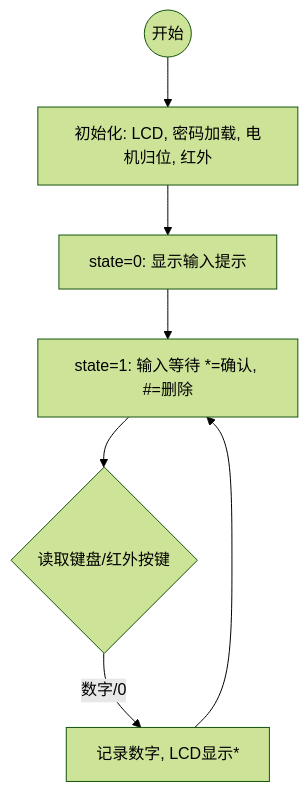
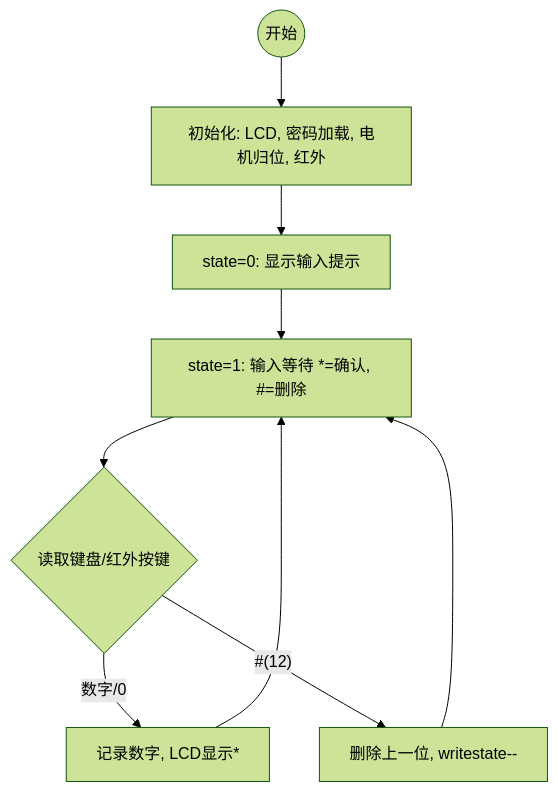
One commit to ksxyh-22/iodraw-files changed the diagram in all/未命名-1.md. Above: the diagram before and after it, drawn with Mermaid (forest theme).

Commit message:
2025-10-11 11:02:14 update

````diff
--- a/all/未命名-1.md
+++ b/all/未命名-1.md
@@ -1,16 +1,19 @@
 ```mermaid
 graph TD
     %% 状态机主流程
     START((开始)) --> INIT[初始化: LCD, 密码加载, 电机归位, 红外];
     INIT --> S0[state=0: 显示输入提示];
 
     %% 状态 1: 密码输入与验证
     S0 --> S1[state=1: 输入等待 *=确认, #=删除];
     
     S1 --> INPUT{读取键盘/红外按键};
     
     INPUT -- 数字/0 --> DIGIT[记录数字, LCD显示*];
     DIGIT --> S1;
 
+    INPUT -- #(12) --> DELETE[删除上一位, writestate--];
+    DELETE --> S1;
+
     
 ```
````
